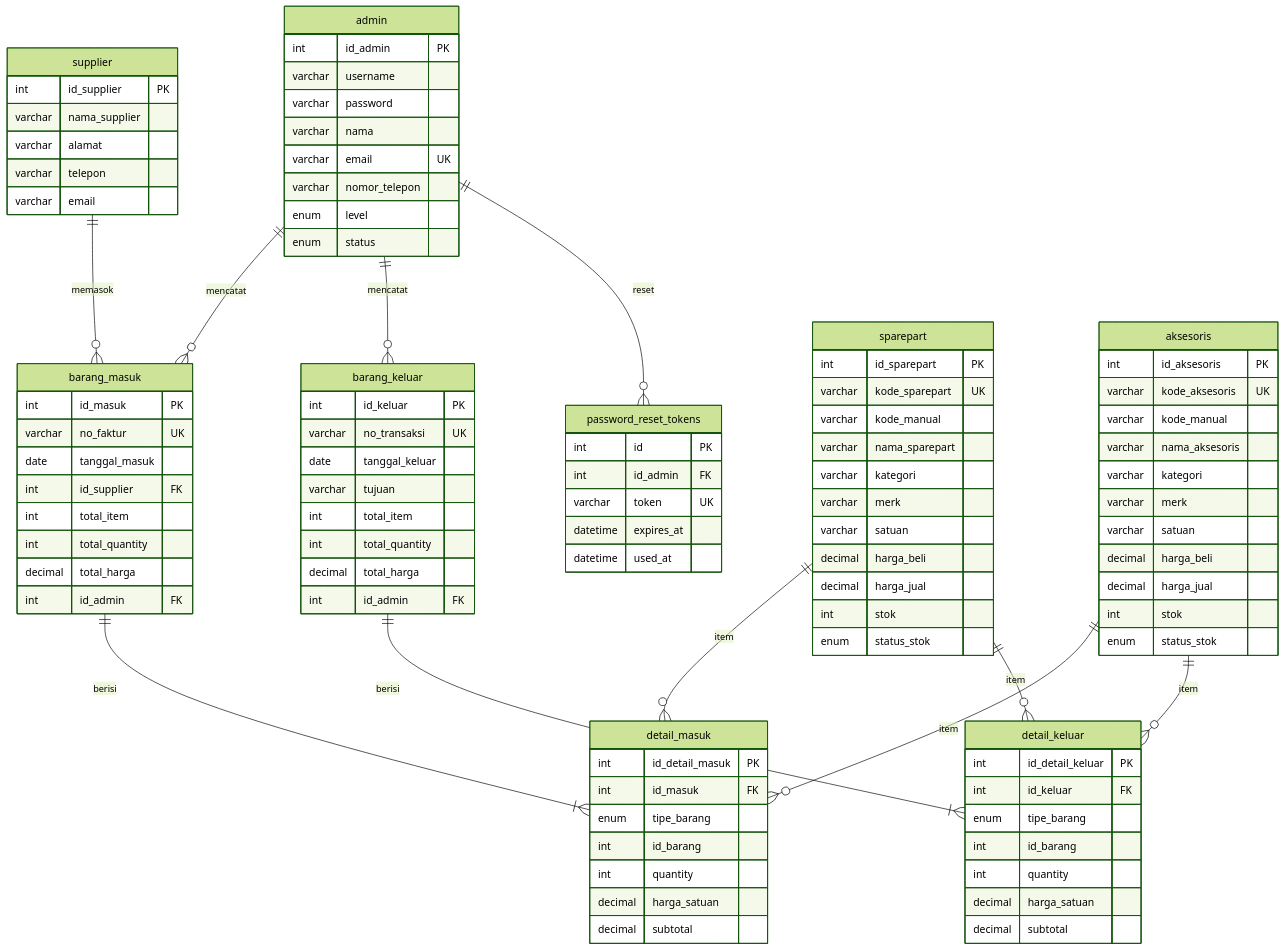
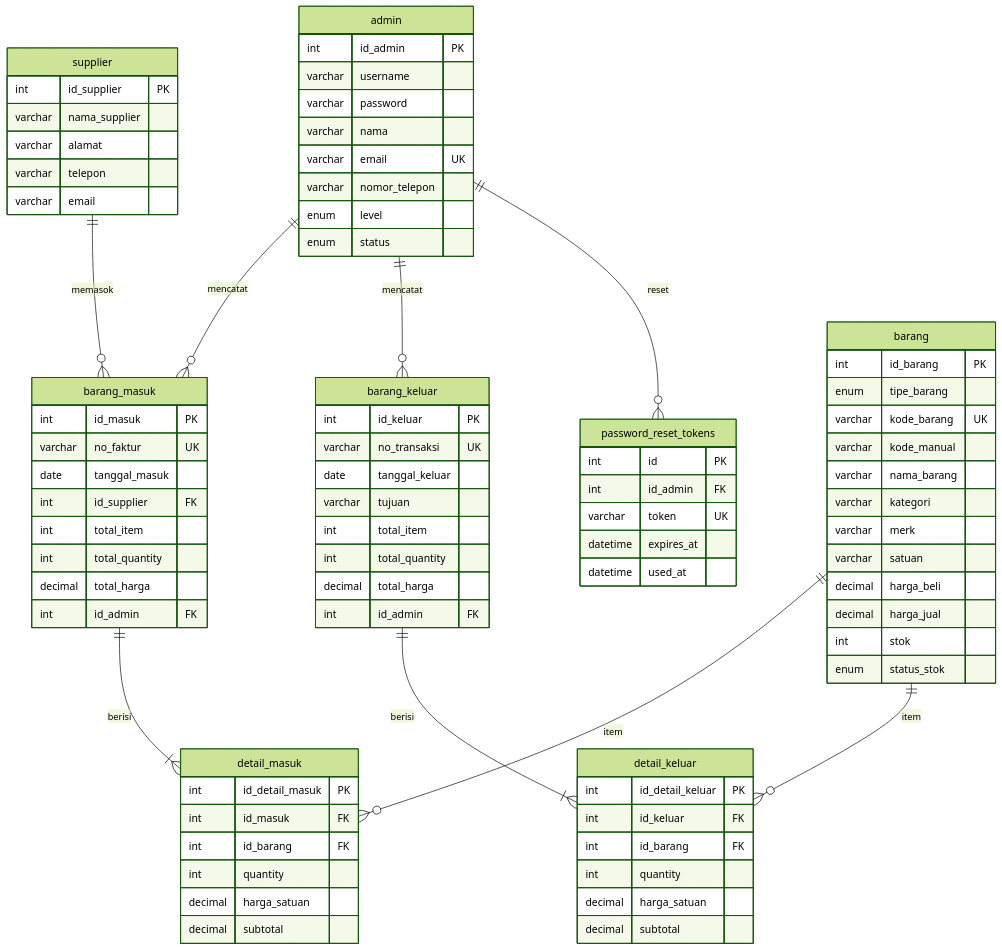
Before and after one commit to nestorzamili/ta-aswan: the diagram in docs/05-desain-database.md, drawn with Mermaid (forest theme). The commit also changed other lines of this file and 169 other files, not shown here.

```diff
--- a/docs/05-desain-database.md
+++ b/docs/05-desain-database.md
@@ -22,10 +24,8 @@
     supplier ||--o{ barang_masuk : "memasok"
     barang_masuk ||--|{ detail_masuk : "berisi"
     barang_keluar ||--|{ detail_keluar : "berisi"
-    sparepart ||--o{ detail_masuk : "item"
-    sparepart ||--o{ detail_keluar : "item"
-    aksesoris ||--o{ detail_masuk : "item"
-    aksesoris ||--o{ detail_keluar : "item"
+    barang ||--o{ detail_masuk : "item"
+    barang ||--o{ detail_keluar : "item"
 
     admin {
         int id_admin PK
@@ -44,24 +44,12 @@
         datetime expires_at
         datetime used_at
     }
-    sparepart {
-        int id_sparepart PK
-        varchar kode_sparepart UK
+    barang {
+        int id_barang PK
+        enum tipe_barang
+        varchar kode_barang UK
         varchar kode_manual
-        varchar nama_sparepart
-        varchar kategori
-        varchar merk
-        varchar satuan
-        decimal harga_beli
-        decimal harga_jual
-        int stok
-        enum status_stok
-    }
-    aksesoris {
-        int id_aksesoris PK
-        varchar kode_aksesoris UK
-        varchar kode_manual
-        varchar nama_aksesoris
+        varchar nama_barang
         varchar kategori
         varchar merk
         varchar satuan
@@ -90,8 +78,7 @@
     detail_masuk {
         int id_detail_masuk PK
         int id_masuk FK
-        enum tipe_barang
-        int id_barang
+        int id_barang FK
         int quantity
         decimal harga_satuan
         decimal subtotal
@@ -109,8 +96,7 @@
     detail_keluar {
         int id_detail_keluar PK
         int id_keluar FK
-        enum tipe_barang
-        int id_barang
+        int id_barang FK
         int quantity
         decimal harga_satuan
         decimal subtotal
```
